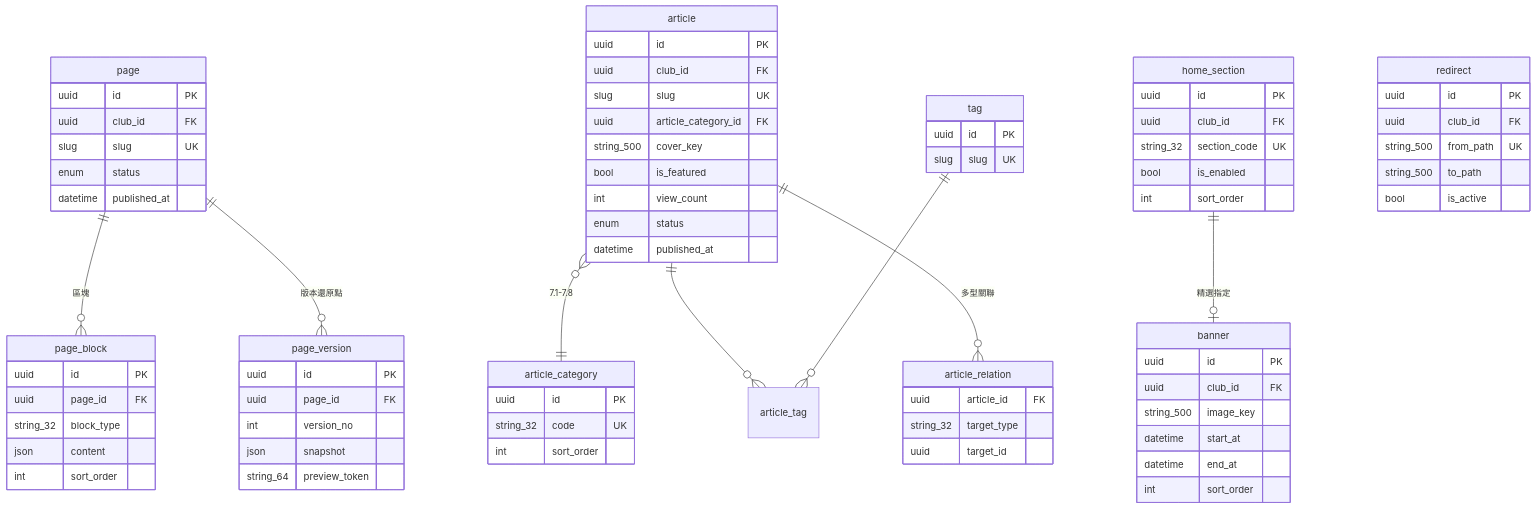
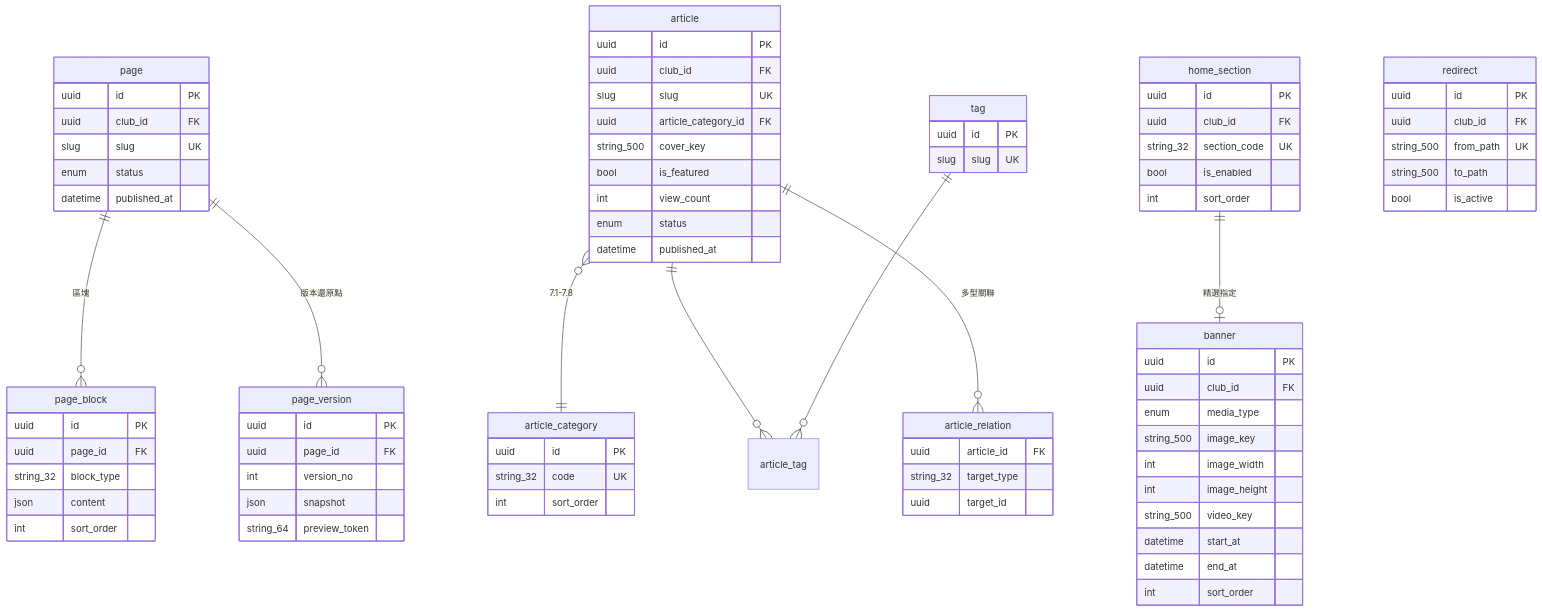
The first of 16 diagrams in docs/12a-database-erd.md (waiting0201/tcrfc), drawn with Mermaid before and after one commit. The commit also changed other lines of this file and 7 other files, not shown here.

````diff
--- a/docs/12a-database-erd.md
+++ b/docs/12a-database-erd.md
@@ -39,78 +39,82 @@
 ```mermaid
 erDiagram
   page ||--o{ page_block : "區塊"
   page ||--o{ page_version : "版本還原點"
   article }o--|| article_category : "7.1-7.8"
   article ||--o{ article_tag : ""
   tag ||--o{ article_tag : ""
   article ||--o{ article_relation : "多型關聯"
   home_section ||--o| banner : "精選指定"
   page {
     uuid id PK
     uuid club_id FK
     slug slug UK
     enum status
     datetime published_at
   }
   page_block {
     uuid id PK
     uuid page_id FK
     string_32 block_type
     json content
     int sort_order
   }
   page_version {
     uuid id PK
     uuid page_id FK
     int version_no
     json snapshot
     string_64 preview_token
   }
   article {
     uuid id PK
     uuid club_id FK
     slug slug UK
     uuid article_category_id FK
     string_500 cover_key
     bool is_featured
     int view_count
     enum status
     datetime published_at
   }
   article_category {
     uuid id PK
     string_32 code UK
     int sort_order
   }
   tag {
     uuid id PK
     slug slug UK
   }
   article_relation {
     uuid article_id FK
     string_32 target_type
     uuid target_id
   }
   banner {
     uuid id PK
     uuid club_id FK
+    enum media_type
     string_500 image_key
+    int image_width
+    int image_height
+    string_500 video_key
     datetime start_at
     datetime end_at
     int sort_order
   }
   home_section {
     uuid id PK
     uuid club_id FK
     string_32 section_code UK
     bool is_enabled
     int sort_order
   }
   redirect {
     uuid id PK
     uuid club_id FK
     string_500 from_path UK
     string_500 to_path
     bool is_active
   }
 ```
````
